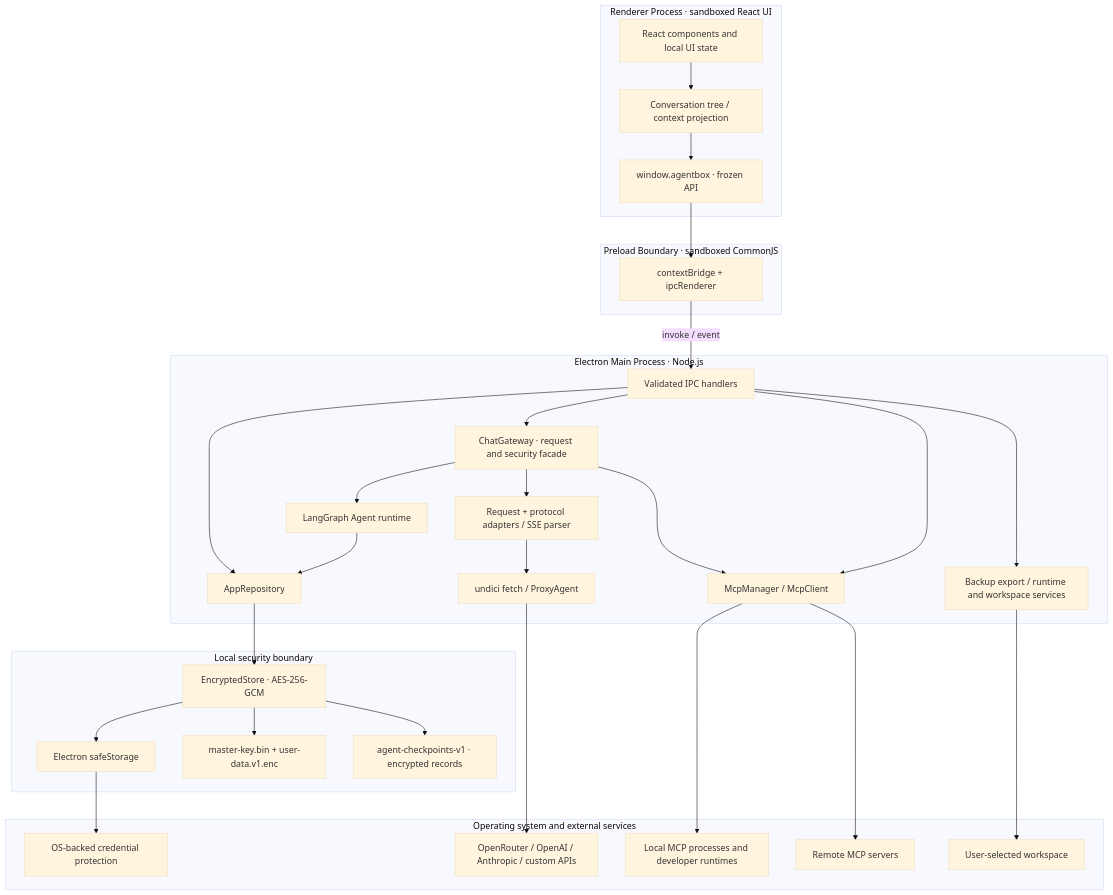
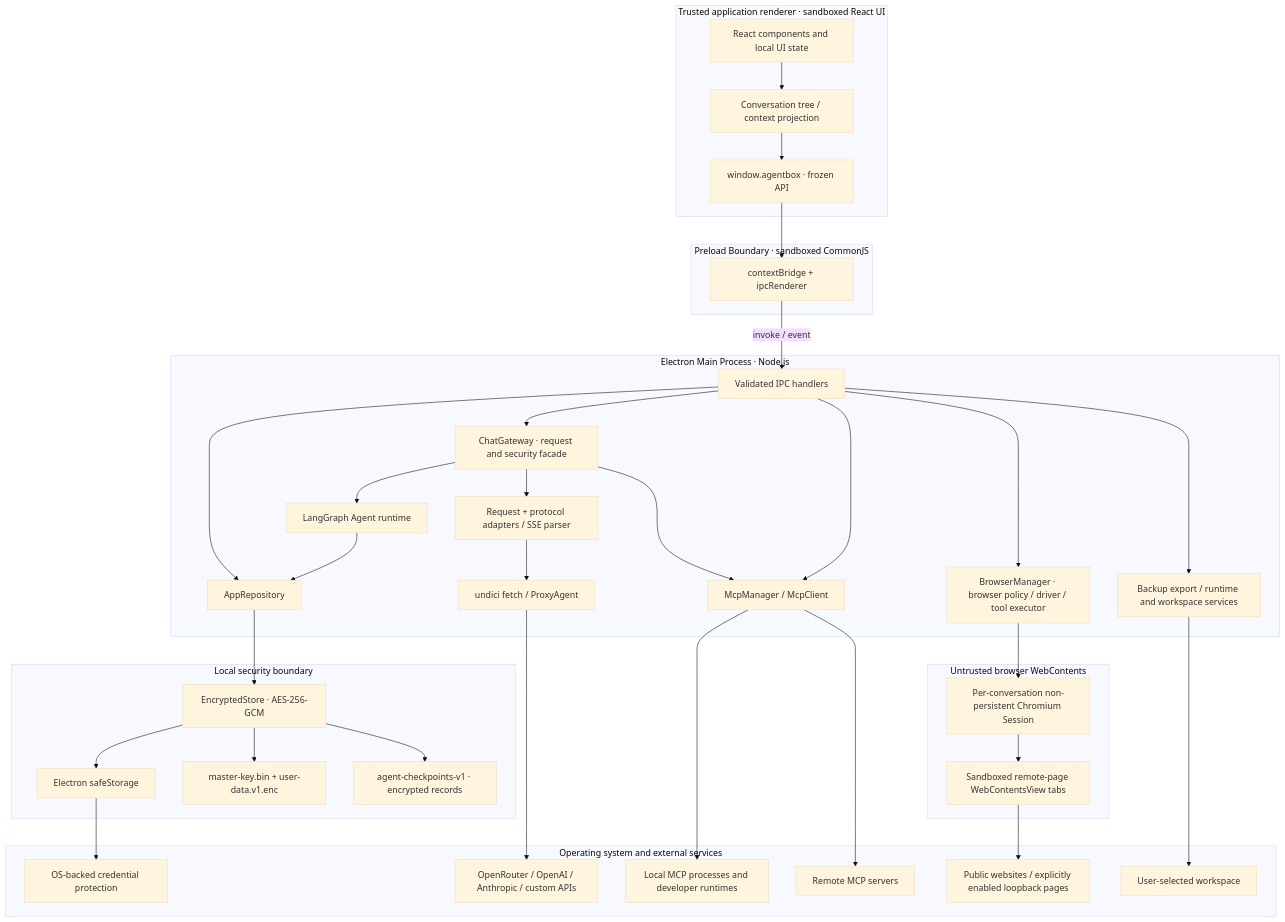
The diagram in docs/architecture.md (ac-1e9plus7/agent-box), drawn with Mermaid (base theme) before and after one commit. The commit also changed other lines of this file and 60 other files, not shown here.

````diff
--- a/docs/architecture.md
+++ b/docs/architecture.md
@@ -11,60 +11,70 @@
 ```mermaid
 graph TB
-    subgraph Renderer["Renderer Process · sandboxed React UI"]
+    subgraph Renderer["Trusted application renderer · sandboxed React UI"]
         UI["React components and local UI state"]
         Projection["Conversation tree / context projection"]
         PublicAPI["window.agentbox · frozen API"]
         UI --> Projection --> PublicAPI
     end
 
     subgraph Preload["Preload Boundary · sandboxed CommonJS"]
         Bridge["contextBridge + ipcRenderer"]
         PublicAPI --> Bridge
     end
 
     subgraph Main["Electron Main Process · Node.js"]
         IPC["Validated IPC handlers"]
         Gateway["ChatGateway · request and security facade"]
         AgentRuntime["LangGraph Agent runtime"]
         Repository["AppRepository"]
         MCP["McpManager / McpClient"]
+        BrowserManager["BrowserManager · browser policy / driver / tool executor"]
         Backup["Backup export / runtime and workspace services"]
         Adapters["Request + protocol adapters / SSE parser"]
         Network["undici fetch / ProxyAgent"]
 
         Bridge -->|"invoke / event"| IPC
         IPC --> Gateway
         Gateway --> AgentRuntime
         AgentRuntime --> Repository
         IPC --> Repository
         IPC --> MCP
+        IPC --> BrowserManager
         IPC --> Backup
         Gateway --> Adapters --> Network
         Gateway --> MCP
     end
 
     subgraph Storage["Local security boundary"]
         Store["EncryptedStore · AES-256-GCM"]
         SafeStorage["Electron safeStorage"]
         VaultFiles["master-key.bin + user-data.v1.enc"]
         CheckpointFiles["agent-checkpoints-v1 · encrypted records"]
         Repository --> Store
         Store --> SafeStorage
         Store --> VaultFiles
         Store --> CheckpointFiles
     end
 
+    subgraph BrowserPages["Untrusted browser WebContents"]
+        BrowserSession["Per-conversation non-persistent Chromium Session"]
+        RemotePages["Sandboxed remote-page WebContentsView tabs"]
+        BrowserManager --> BrowserSession --> RemotePages
+    end
+
     subgraph External["Operating system and external services"]
         KeyStore["OS-backed credential protection"]
         Providers["OpenRouter / OpenAI / Anthropic / custom APIs"]
         LocalTools["Local MCP processes and developer runtimes"]
         RemoteMCP["Remote MCP servers"]
+        Websites["Public websites / explicitly enabled loopback pages"]
         Workspace["User-selected workspace"]
 
         SafeStorage --> KeyStore
         Network --> Providers
         MCP --> LocalTools
         MCP --> RemoteMCP
+        RemotePages --> Websites
         Backup --> Workspace
     end
 ```
````
